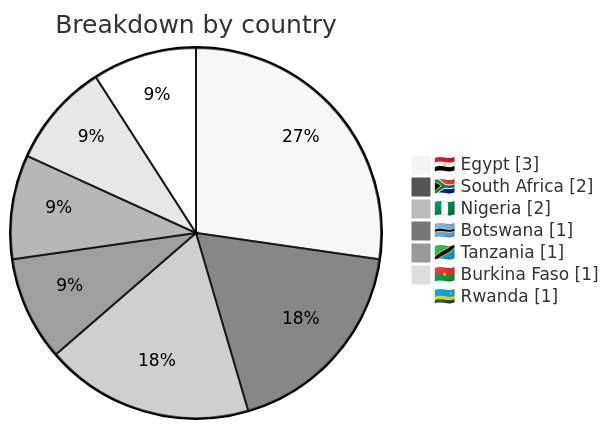
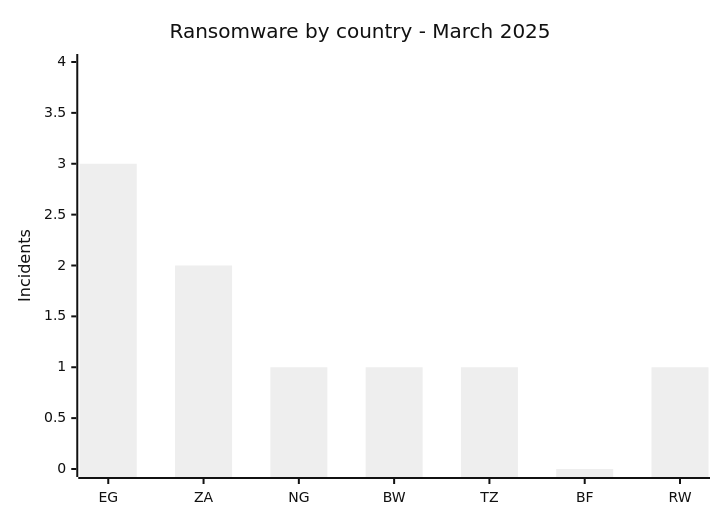
Before and after one commit to Hatchepsoute/AFRINTEL: the third of 7 diagrams in CyberAttackAfrica/2025/03-march/README.md, drawn with Mermaid (neutral theme). The commit also changed other lines of this file and 7 other files, not shown here.

````diff
--- a/CyberAttackAfrica/2025/03-march/README.md
+++ b/CyberAttackAfrica/2025/03-march/README.md
@@ -85,11 +99,7 @@
 ```mermaid
-pie showData
-    title Breakdown by country
-    "🇪🇬 Egypt" : 3
-    "🇿🇦 South Africa" : 2
-    "🇳🇬 Nigeria" : 2
-    "🇧🇼 Botswana" : 1
-    "🇹🇿 Tanzania" : 1
-    "🇧🇫 Burkina Faso" : 1
-    "🇷🇼 Rwanda" : 1
+xychart-beta
+    title "Ransomware by country - March 2025"
+    x-axis ["EG", "ZA", "NG", "BW", "TZ", "BF", "RW"]
+    y-axis "Incidents" 0 --> 4
+    bar [3, 2, 1, 1, 1, 0, 1]
 ```
````
